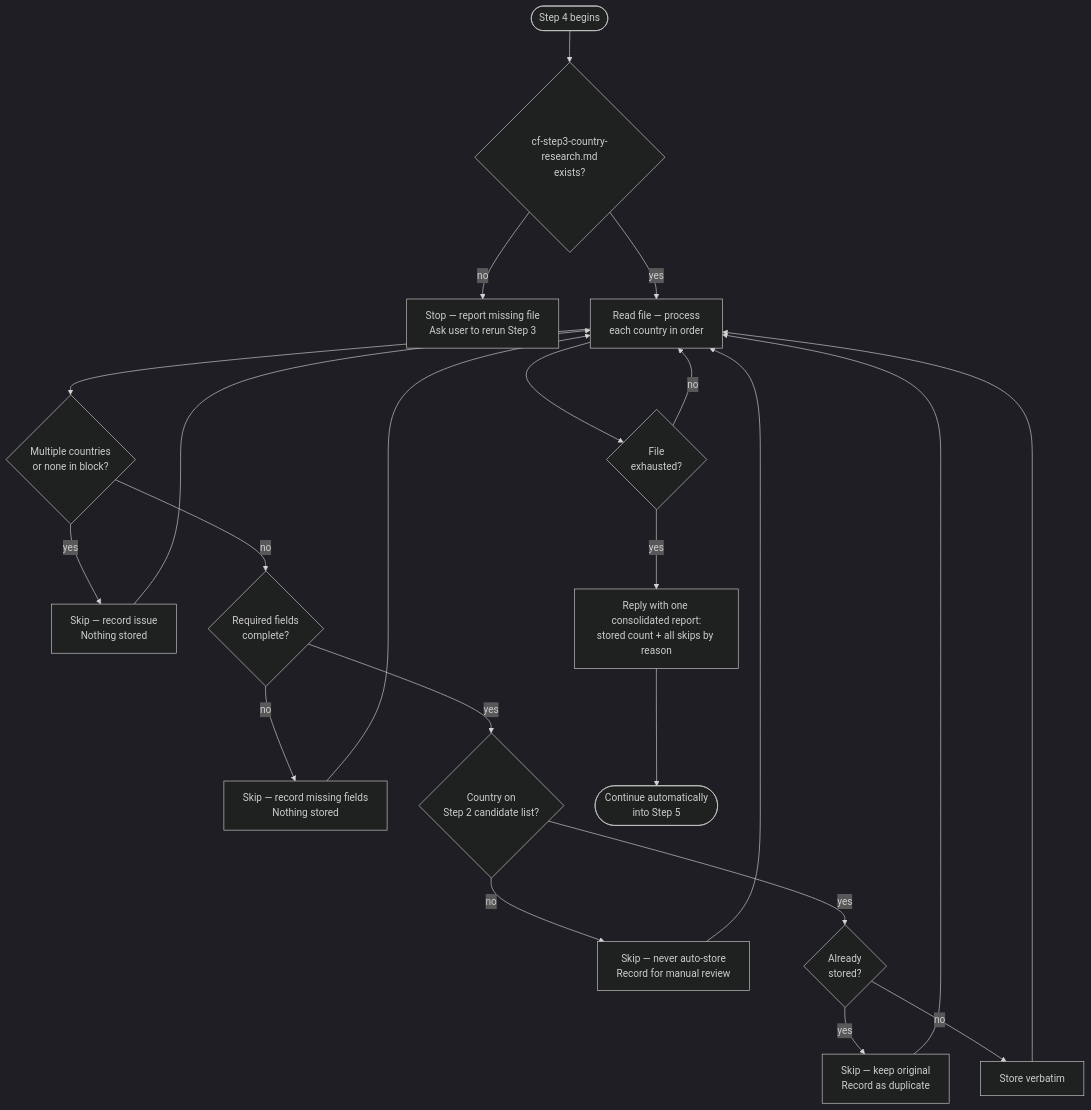
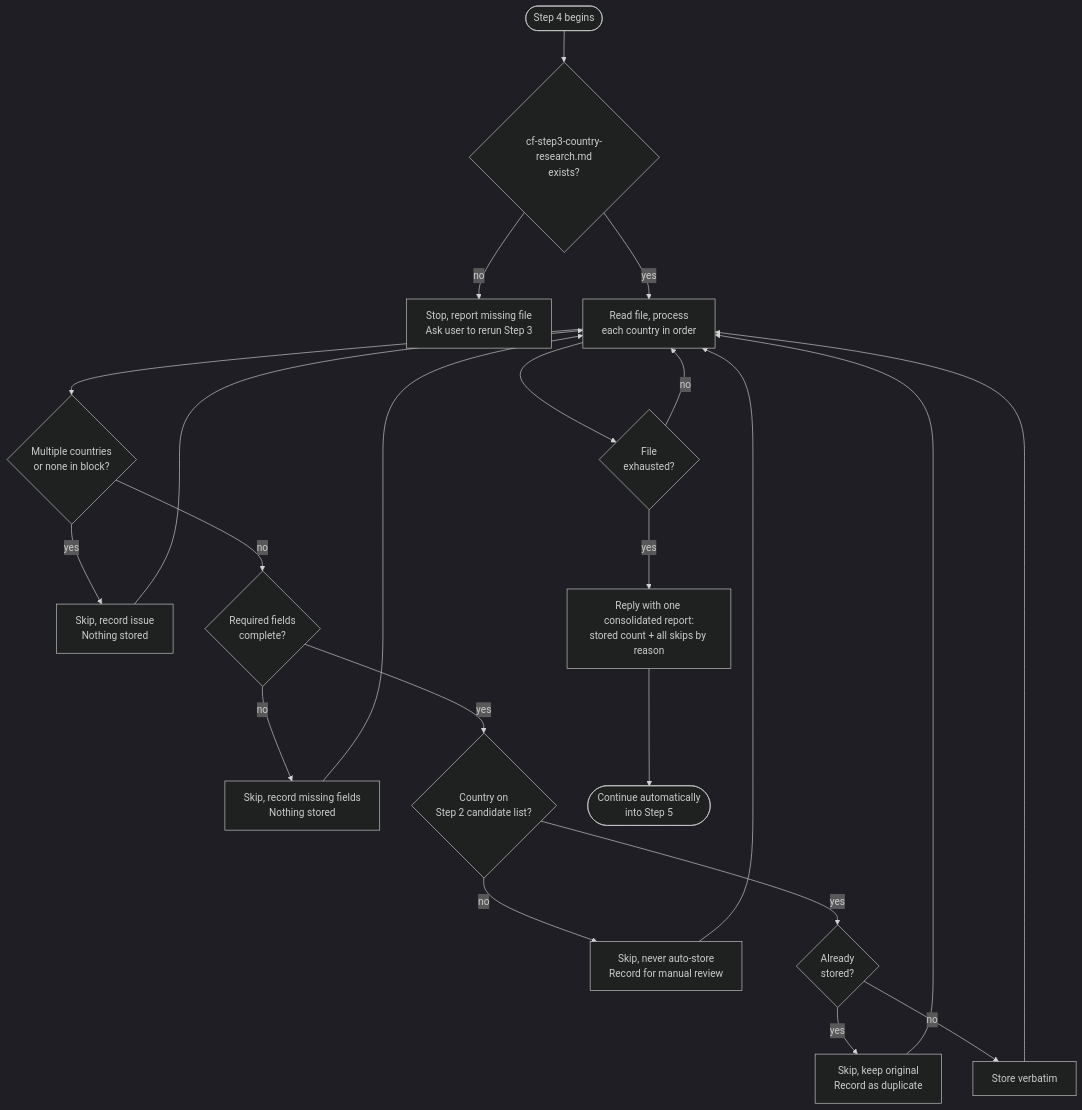
The diagram in docs/commands/country-finder/step4-data-validation.md (myowinthein/agent-compass), drawn with Mermaid (dark theme) before and after one commit. The commit also changed other lines of this file and 19 other files, not shown here.

````diff
--- a/docs/commands/country-finder/step4-data-validation.md
+++ b/docs/commands/country-finder/step4-data-validation.md
@@ -14,24 +14,24 @@
 ```mermaid
 flowchart TD
   Start([Step 4 begins]) --> FileCheck{cf-step3-country-research.md\nexists?}
-  FileCheck -->|no| Error[Stop — report missing file\nAsk user to rerun Step 3]
-  FileCheck -->|yes| ReadFile[Read file — process\neach country in order]
+  FileCheck -->|no| Error[Stop, report missing file\nAsk user to rerun Step 3]
+  FileCheck -->|yes| ReadFile[Read file, process\neach country in order]
   ReadFile --> MultiCheck{Multiple countries\nor none in block?}
-  MultiCheck -->|yes| Err1[Skip — record issue\nNothing stored]
+  MultiCheck -->|yes| Err1[Skip, record issue\nNothing stored]
   Err1 --> ReadFile
   MultiCheck -->|no| FieldCheck{Required fields\ncomplete?}
-  FieldCheck -->|no| Err2[Skip — record missing fields\nNothing stored]
+  FieldCheck -->|no| Err2[Skip, record missing fields\nNothing stored]
   Err2 --> ReadFile
   FieldCheck -->|yes| ListCheck{Country on\nStep 2 candidate list?}
-  ListCheck -->|no| Unlisted[Skip — never auto-store\nRecord for manual review]
+  ListCheck -->|no| Unlisted[Skip, never auto-store\nRecord for manual review]
   Unlisted --> ReadFile
   ListCheck -->|yes| DupCheck{Already\nstored?}
-  DupCheck -->|yes| SkipDup[Skip — keep original\nRecord as duplicate]
+  DupCheck -->|yes| SkipDup[Skip, keep original\nRecord as duplicate]
   DupCheck -->|no| Store[Store verbatim]
   SkipDup --> ReadFile
   Store --> ReadFile
   ReadFile --> Done{File\nexhausted?}
   Done -->|no| ReadFile
   Done -->|yes| Report[Reply with one consolidated report:\nstored count + all skips by reason]
   Report --> End([Continue automatically\ninto Step 5])
 ```
````
